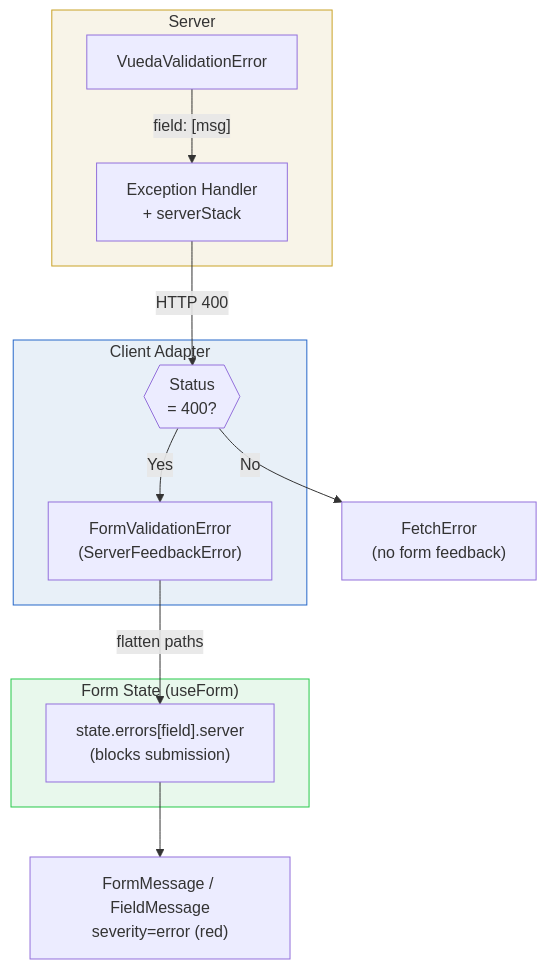
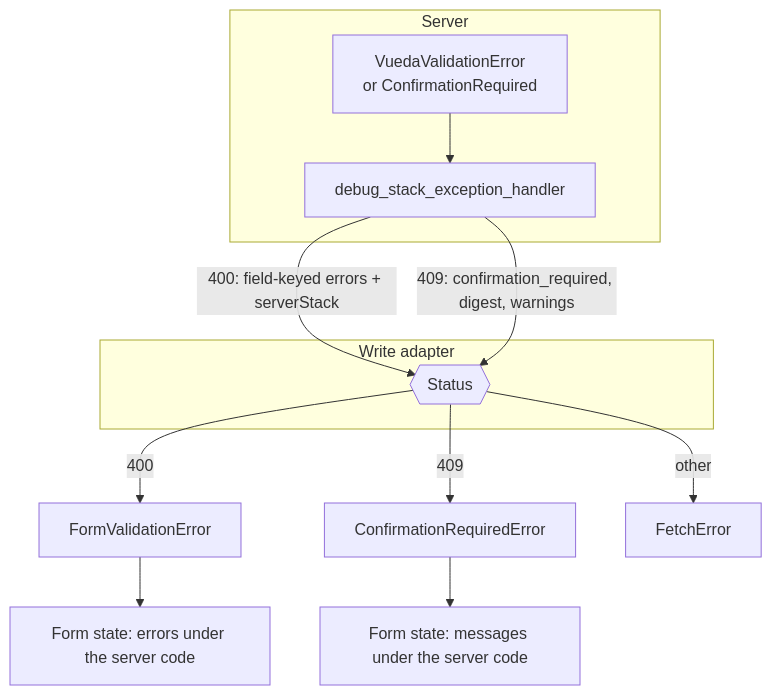
Before and after one commit to arrai-innovations/vueda: the diagram in docs/core-concepts/error-and-validation-contract.md, drawn with Mermaid. The commit also changed other lines of this file, not shown here.

First line of the commit message:
docs(error-and-validation-contract): describe the error bodies and the class each adapter throws

````diff
--- a/docs/core-concepts/error-and-validation-contract.md
+++ b/docs/core-concepts/error-and-validation-contract.md
@@ -14,30 +12,22 @@
 ```mermaid
 flowchart TD
     subgraph Server
-        VVE["VuedaValidationError"]
-        EH["Exception Handler<br/>+ serverStack"]
+        RAISE["VuedaValidationError<br/>or ConfirmationRequired"]
+        EH["debug_stack_exception_handler"]
     end
 
-    VVE -- "field: [msg]" --> EH
-    EH -- "HTTP 400" --> GATE
+    RAISE --> EH
+    EH -- "400: field-keyed errors + serverStack" --> GATE
+    EH -- "409: confirmation_required, digest, warnings" --> GATE
 
-    subgraph Client["Client Adapter"]
-        GATE{{"Status<br/>= 400?"}}
-        FVE["FormValidationError<br/>(ServerFeedbackError)"]
+    subgraph Client["Write adapter"]
+        GATE{{"Status"}}
     end
 
-    GATE -- "Yes" --> FVE
-    GATE -- "No" --> FE["FetchError<br/>(no form feedback)"]
+    GATE -- "400" --> FVE["FormValidationError"]
+    GATE -- "409" --> CRE["ConfirmationRequiredError"]
+    GATE -- "other" --> FE["FetchError"]
 
-    FVE -- "flatten paths" --> ERR
-
-    subgraph FormState["Form State (useForm)"]
-        ERR["state.errors[field].server<br/>(blocks submission)"]
-    end
-
-    ERR --> RENDER_E["FormMessage / FieldMessage<br/>severity=error (red)"]
-
-    style Server fill:#f8f4e8,stroke:#c9a227
-    style Client fill:#e8f0f8,stroke:#2768c9
-    style FormState fill:#e8f8ec,stroke:#27c94a
+    FVE --> ERR["Form state: errors under the server code"]
+    CRE --> MSG["Form state: messages under the server code"]
 ```
````
